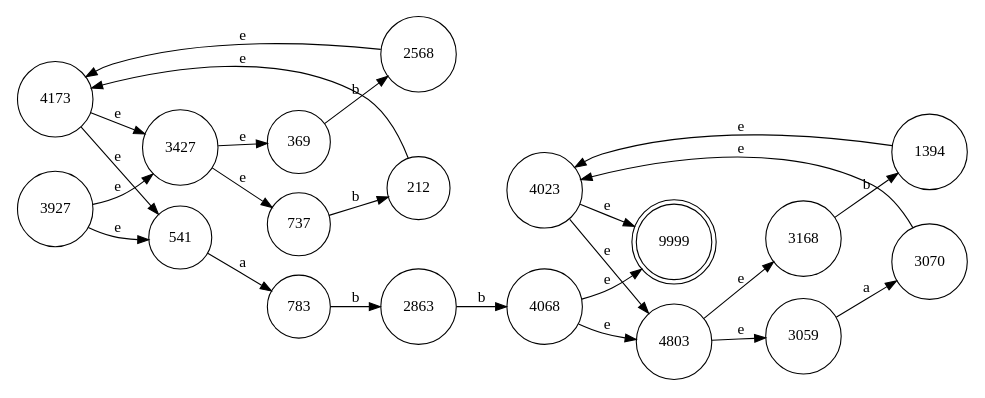
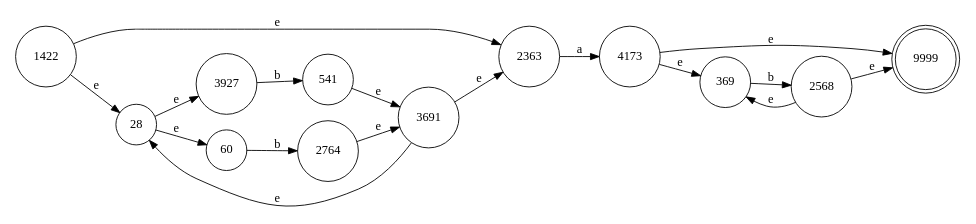
The diagram in thompson.gv (paulbelches/scannerAndParserGenerator), drawn with Graphviz before and after one commit. The commit also changed 11 other files, not shown here.

```diff
--- a/thompson.gv
+++ b/thompson.gv
@@ -1,52 +1,38 @@
 digraph finite_state_machine {
 	rankdir=LR size="8,5"
 	node [shape=doublecircle]
 	9999
 	node [shape=circle]
-	1394 -> 4023 [label=e
+	1422 -> 2363 [label=e
 ]
-	212 -> 4173 [label=e
+	1422 -> 28 [label=e
 ]
-	2568 -> 4173 [label=e
+	2363 -> 4173 [label=a
 ]
-	2863 -> 4068 [label=b
+	2568 -> 369 [label=e
 ]
-	3059 -> 3070 [label=a
+	2568 -> 9999 [label=e
 ]
-	3070 -> 4023 [label=e
+	2764 -> 3691 [label=e
 ]
-	3168 -> 1394 [label=b
+	28 -> 3927 [label=e
 ]
-	3427 -> 369 [label=e
-]
-	3427 -> 737 [label=e
+	28 -> 60 [label=e
 ]
 	369 -> 2568 [label=b
 ]
-	3927 -> 3427 [label=e
+	3691 -> 2363 [label=e
 ]
-	3927 -> 541 [label=e
+	3691 -> 28 [label=e
 ]
-	4023 -> 4803 [label=e
+	3927 -> 541 [label=b
 ]
-	4023 -> 9999 [label=e
+	4173 -> 369 [label=e
 ]
-	4068 -> 4803 [label=e
+	4173 -> 9999 [label=e
 ]
-	4068 -> 9999 [label=e
+	541 -> 3691 [label=e
 ]
-	4173 -> 3427 [label=e
-]
-	4173 -> 541 [label=e
-]
-	4803 -> 3059 [label=e
-]
-	4803 -> 3168 [label=e
-]
-	541 -> 783 [label=a
-]
-	737 -> 212 [label=b
-]
-	783 -> 2863 [label=b
+	60 -> 2764 [label=b
 ]
 }
```
